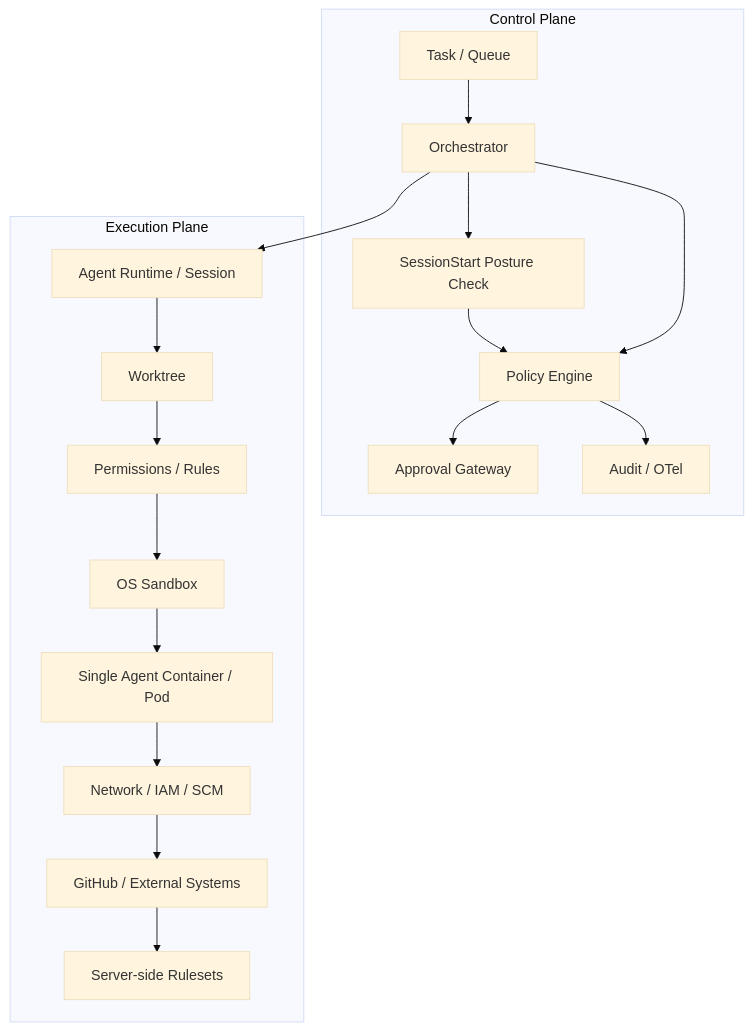
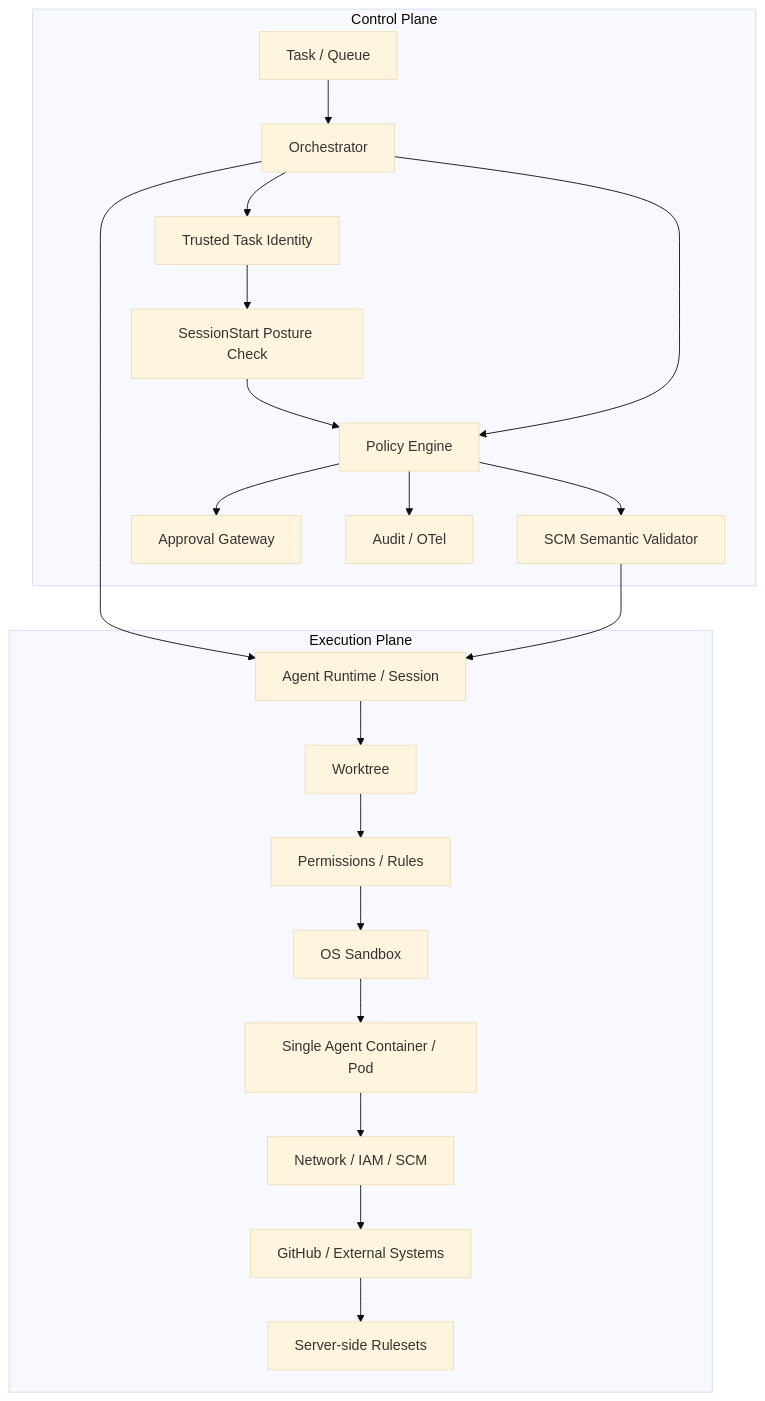
One commit to tomo-chan/agent-harness changed the first of 4 diagrams in docs/ja/01-architecture.md. Above: the diagram before and after it, drawn with Mermaid (base theme). The commit also changed other lines of this file, not shown here.

Commit message:
docs: Trusted IdentityとCanonical Publicationを日本語Architectureへ反映

````diff
--- a/docs/ja/01-architecture.md
+++ b/docs/ja/01-architecture.md
@@ -11,23 +11,26 @@
 ```mermaid
 flowchart TB
     subgraph CP[Control Plane]
         T[Task / Queue] --> O[Orchestrator]
-        O --> SS[SessionStart Posture Check]
+        O --> TI[Trusted Task Identity]
+        TI --> SS[SessionStart Posture Check]
         SS --> P[Policy Engine]
         O --> P
+        P --> SV[SCM Semantic Validator]
         P --> A[Approval Gateway]
         P --> OT[Audit / OTel]
     end
 
     subgraph EP[Execution Plane]
         R[Agent Runtime / Session] --> W[Worktree]
         W --> PR[Permissions / Rules]
         PR --> S[OS Sandbox]
         S --> K[Single Agent Container / Pod]
         K --> N[Network / IAM / SCM]
         N --> GH[GitHub / External Systems]
         GH --> RS[Server-side Rulesets]
     end
 
     O --> R
+    SV --> R
 ```
````
